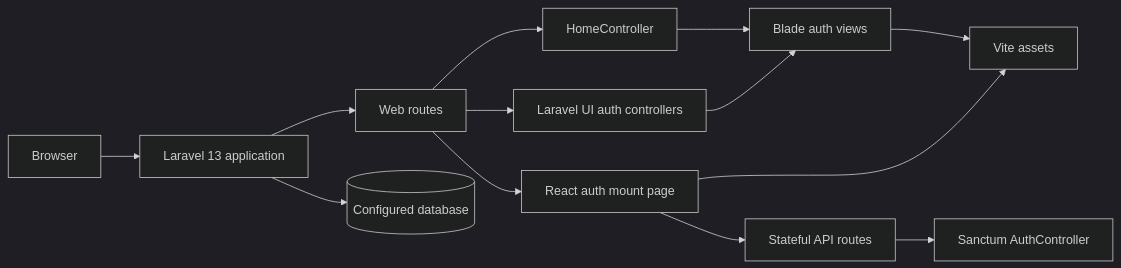
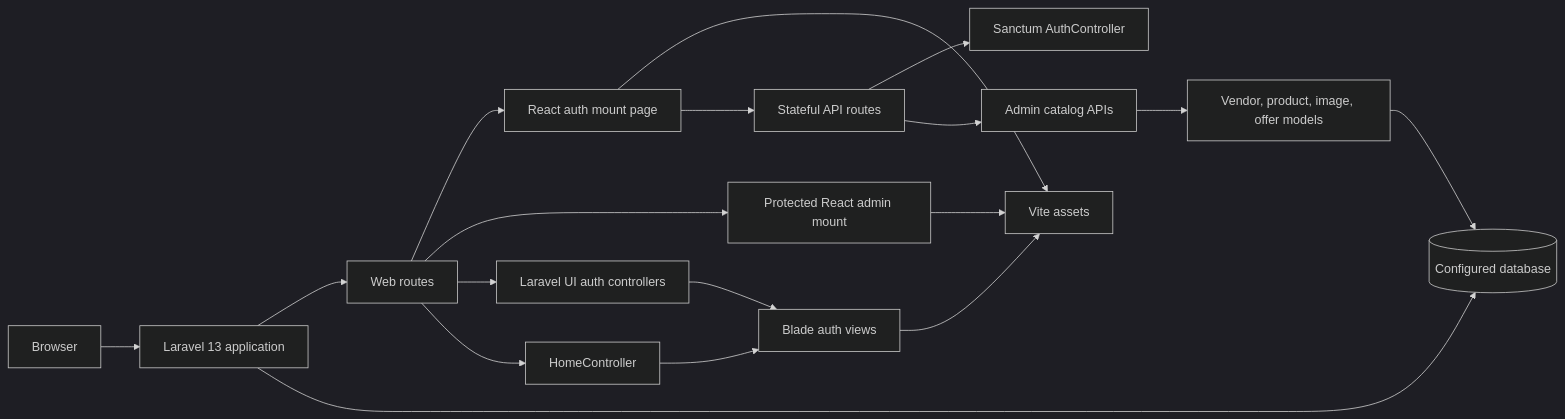
One commit to artgolwebdev/lara-multi-vendors-shop changed the diagram in docs/architecture/overview.md. Above: the diagram before and after it, drawn with Mermaid (dark theme). The commit also changed other lines of this file and 68 other files, not shown here.

Commit message:
Implement admin vendor and product catalog

````diff
--- a/docs/architecture/overview.md
+++ b/docs/architecture/overview.md
@@ -7,15 +7,20 @@
 ```mermaid
 flowchart LR
     Browser --> Laravel[Laravel 13 application]
     Laravel --> WebRoutes[Web routes]
     WebRoutes --> ReactPage[React auth mount page]
+    WebRoutes --> AdminPage[Protected React admin mount]
     ReactPage --> Vite[Vite assets]
+    AdminPage --> Vite
     ReactPage --> ApiRoutes[Stateful API routes]
     ApiRoutes --> ApiAuth[Sanctum AuthController]
+    ApiRoutes --> AdminApi[Admin catalog APIs]
+    AdminApi --> Catalog[Vendor, product, image, offer models]
+    Catalog --> DB
     WebRoutes --> Auth[Laravel UI auth controllers]
     WebRoutes --> Home[HomeController]
     Auth --> Views[Blade auth views]
     Home --> Views
     Views --> Vite
     Laravel --> DB[(Configured database)]
 ```
````
